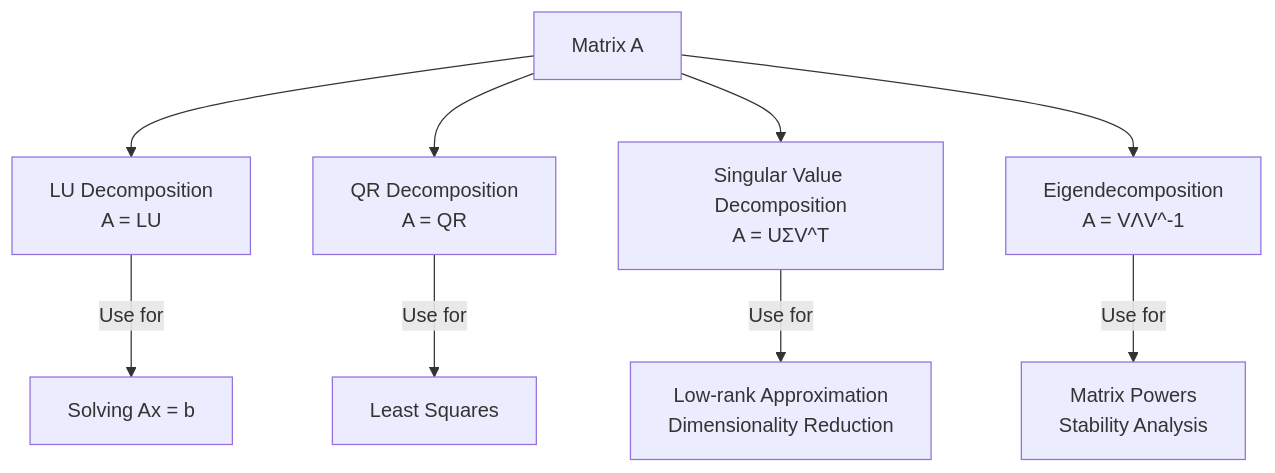
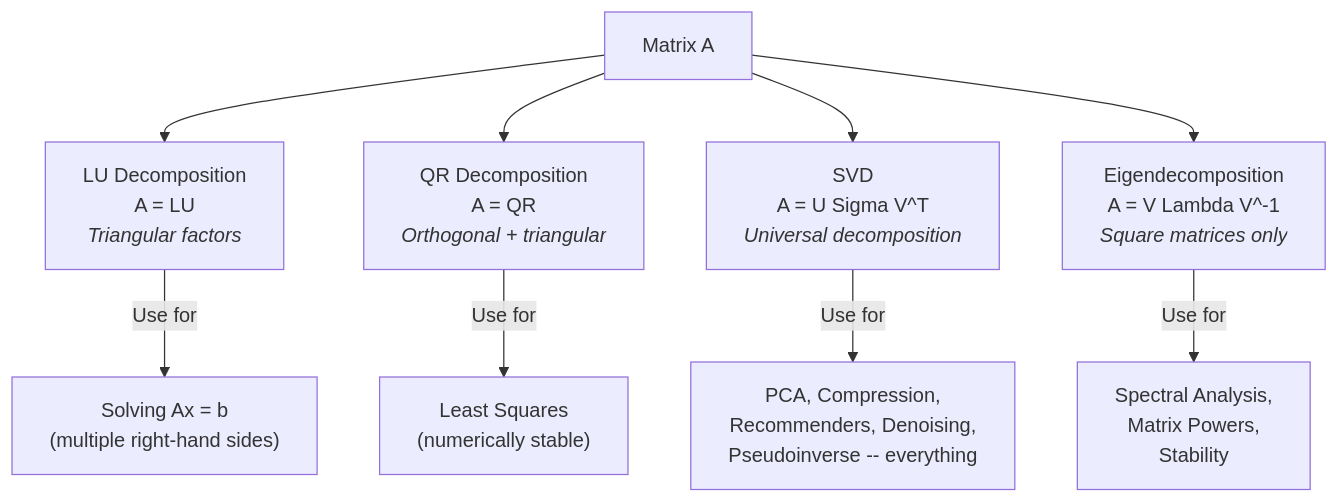
Before and after one commit to ngtranthanhtoan/book-mathematics: the diagram in 04-level-4-linear-algebra/07-decompositions.md, drawn with Mermaid. The commit also changed other lines of this file and 71 other files, not shown here.

````diff
--- a/04-level-4-linear-algebra/07-decompositions.md
+++ b/04-level-4-linear-algebra/07-decompositions.md
@@ -20,12 +90,12 @@
 ```mermaid
 graph TD
-    A[Matrix A] --> LU[LU Decomposition<br/>A = LU]
-    A --> QR[QR Decomposition<br/>A = QR]
-    A --> SVD[Singular Value Decomposition<br/>A = UΣV^T]
-    A --> EIG[Eigendecomposition<br/>A = VΛV^-1]
+    A["Matrix A"] --> LU["LU Decomposition<br/>A = LU<br/><i>Triangular factors</i>"]
+    A --> QR["QR Decomposition<br/>A = QR<br/><i>Orthogonal + triangular</i>"]
+    A --> SVD["SVD<br/>A = U Sigma V^T<br/><i>Universal decomposition</i>"]
+    A --> EIG["Eigendecomposition<br/>A = V Lambda V^-1<br/><i>Square matrices only</i>"]
 
-    LU --> |"Use for"| SOLVE[Solving Ax = b]
-    QR --> |"Use for"| LS[Least Squares]
-    SVD --> |"Use for"| RANK[Low-rank Approximation<br/>Dimensionality Reduction]
-    EIG --> |"Use for"| POWER[Matrix Powers<br/>Stability Analysis]
+    LU -->|"Use for"| SOLVE["Solving Ax = b<br/>(multiple right-hand sides)"]
+    QR -->|"Use for"| LS["Least Squares<br/>(numerically stable)"]
+    SVD -->|"Use for"| ALL["PCA, Compression,<br/>Recommenders, Denoising,<br/>Pseudoinverse -- everything"]
+    EIG -->|"Use for"| SPEC["Spectral Analysis,<br/>Matrix Powers,<br/>Stability"]
 ```
````
